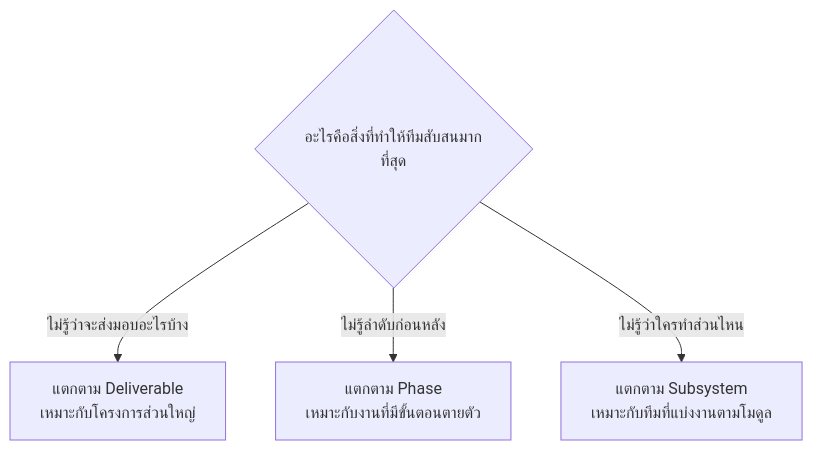
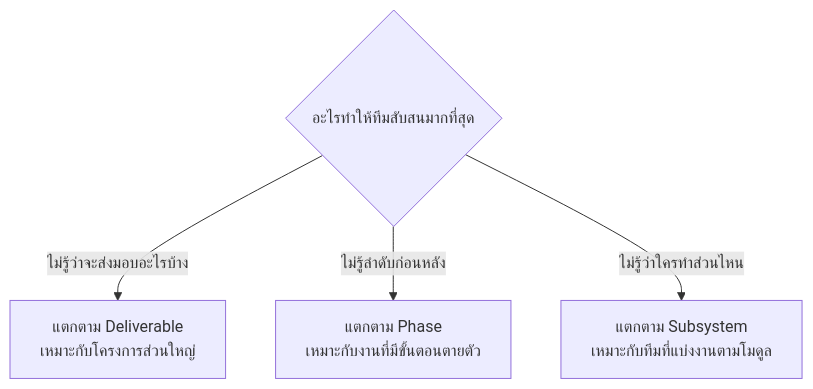
The eighth of 15 diagrams in readings/01-it-project-management-ai.md (CE-SDPX/SDPX-AI), drawn with Mermaid before and after one commit. The commit also changed other lines of this file and 6 other files, not shown here.

````diff
--- a/readings/01-it-project-management-ai.md
+++ b/readings/01-it-project-management-ai.md
@@ -420,7 +419,7 @@
 ```mermaid
 flowchart TD
-    Q{"อะไรคือสิ่งที่ทำให้ทีมสับสนมากที่สุด"}
+    Q{"อะไรทำให้ทีมสับสนมากที่สุด"}
     Q -->|"ไม่รู้ว่าจะส่งมอบอะไรบ้าง"| D["แตกตาม Deliverable<br/>เหมาะกับโครงการส่วนใหญ่"]
     Q -->|"ไม่รู้ลำดับก่อนหลัง"| P["แตกตาม Phase<br/>เหมาะกับงานที่มีขั้นตอนตายตัว"]
     Q -->|"ไม่รู้ว่าใครทำส่วนไหน"| S["แตกตาม Subsystem<br/>เหมาะกับทีมที่แบ่งงานตามโมดูล"]
 ```
````
